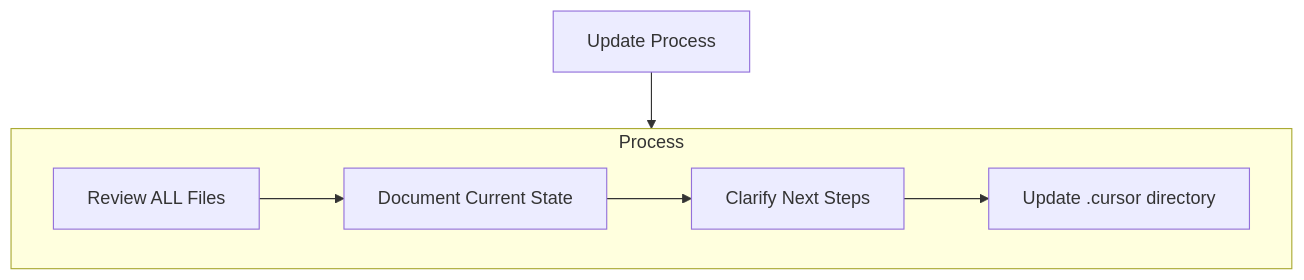
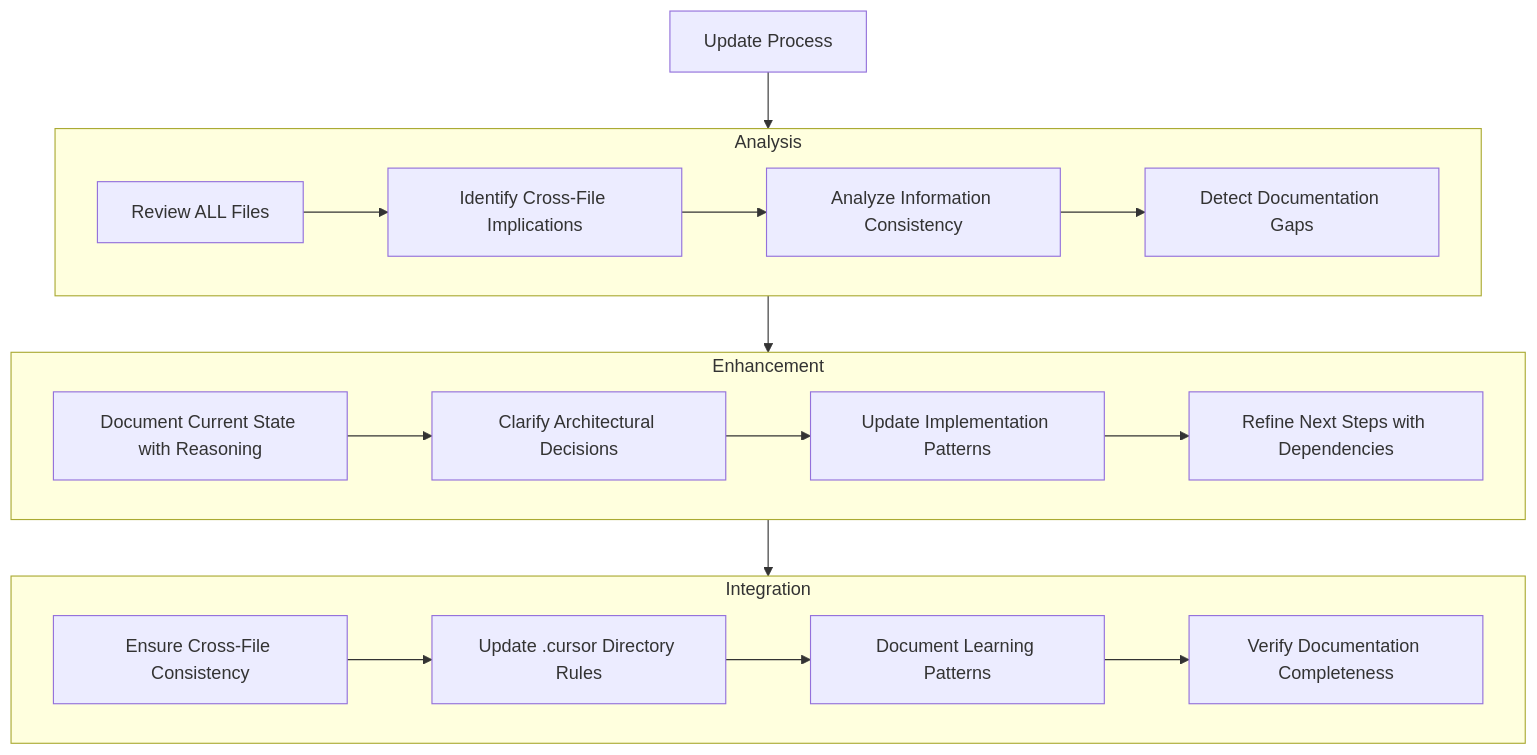
The fourth of 5 diagrams in .cursor/rules/memory-bank.mdc (AeternoAI/aeterno-template-dev), drawn with Mermaid before and after one commit. The commit also changed other lines of this file and 3 other files, not shown here.

Commit message:
chore: update cursor rules with latest structure and formatting

````diff
--- a/.cursor/rules/memory-bank.mdc
+++ b/.cursor/rules/memory-bank.mdc
@@ -106,15 +204,35 @@
 ```mermaid
 flowchart TD
     Start[Update Process]
     
-    subgraph Process
-        P1[Review ALL Files]
-        P2[Document Current State]
-        P3[Clarify Next Steps]
-        P4[Update .cursor directory]
+    subgraph Analysis
+        A1[Review ALL Files]
+        A2[Identify Cross-File Implications]
+        A3[Analyze Information Consistency]
+        A4[Detect Documentation Gaps]
         
-        P1 --> P2 --> P3 --> P4
+        A1 --> A2 --> A3 --> A4
     end
     
-    Start --> Process
+    subgraph Enhancement
+        E1[Document Current State with Reasoning]
+        E2[Clarify Architectural Decisions]
+        E3[Update Implementation Patterns]
+        E4[Refine Next Steps with Dependencies]
+        
+        E1 --> E2 --> E3 --> E4
+    end
+    
+    subgraph Integration
+        I1[Ensure Cross-File Consistency]
+        I2[Update .cursor Directory Rules]
+        I3[Document Learning Patterns]
+        I4[Verify Documentation Completeness]
+        
+        I1 --> I2 --> I3 --> I4
+    end
+    
+    Start --> Analysis
+    Analysis --> Enhancement
+    Enhancement --> Integration
 ```
````
